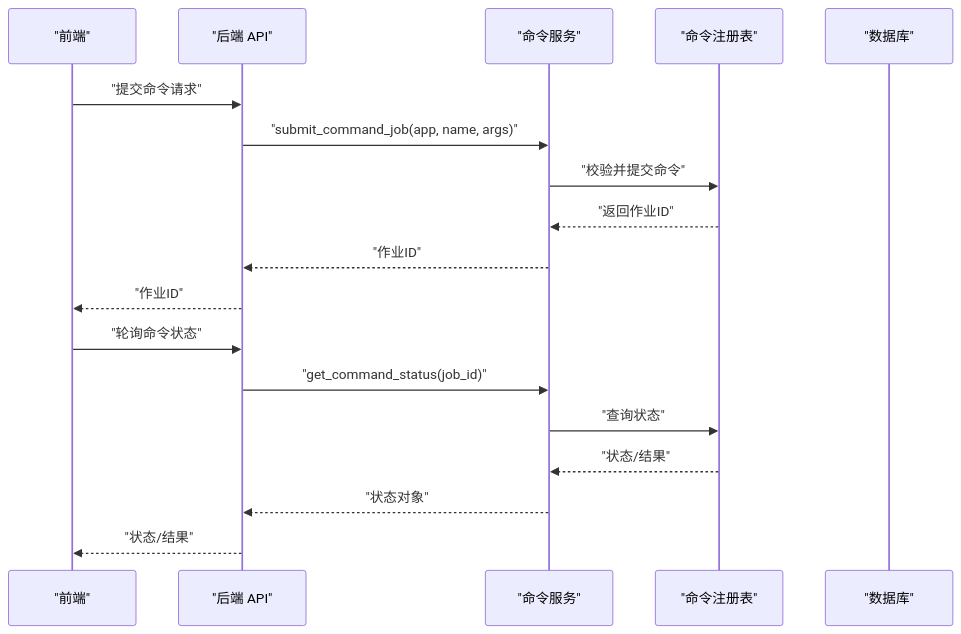
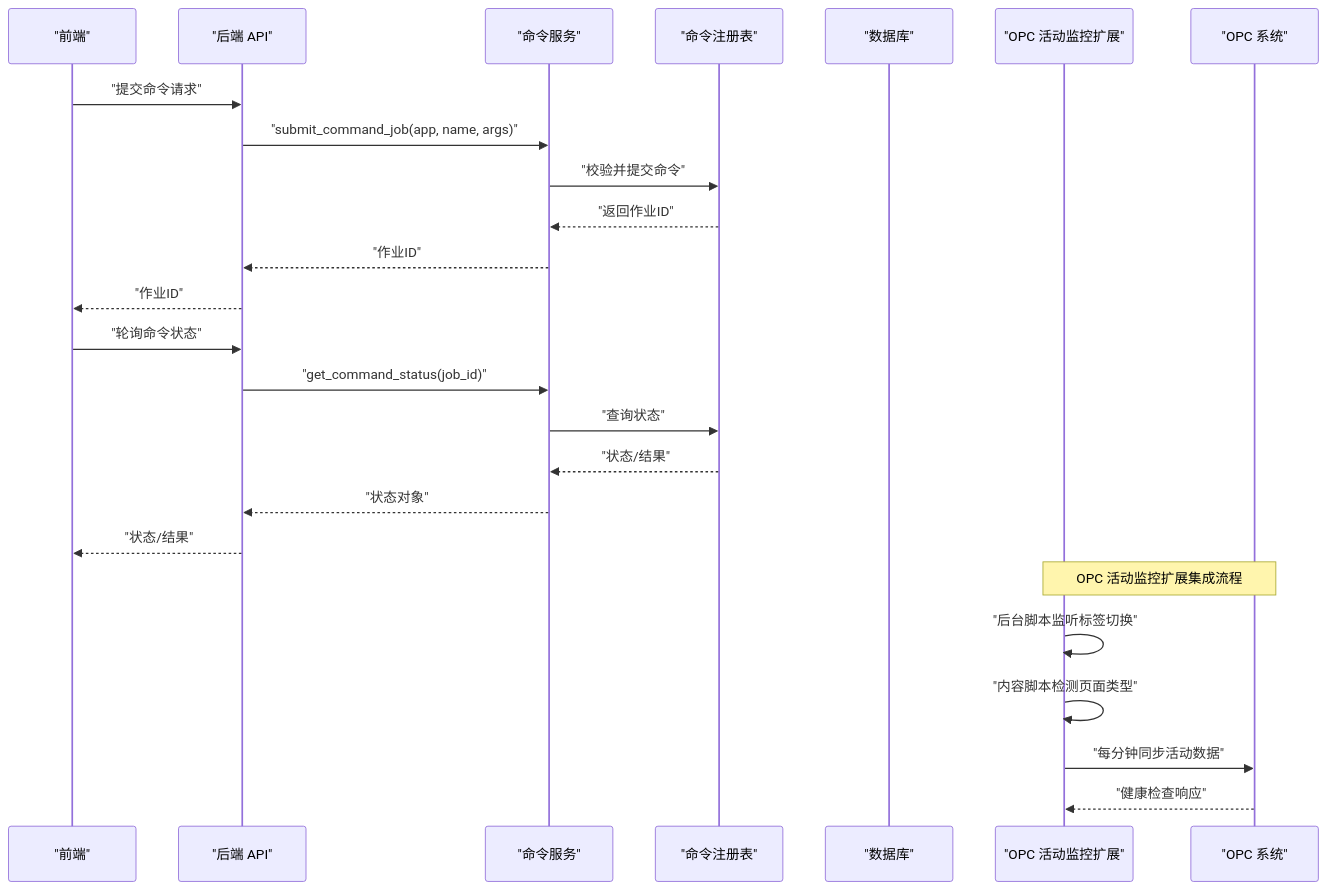
One commit to jackeyunjie/open-notebook changed the second of 7 diagrams in .qoder/repowiki/zh/content/扩展与定制/扩展与定制.md. Above: the diagram before and after it, drawn with Mermaid. The commit also changed other lines of this file and 51 other files, not shown here.

````diff
--- a/.qoder/repowiki/zh/content/扩展与定制/扩展与定制.md
+++ b/.qoder/repowiki/zh/content/扩展与定制/扩展与定制.md
@@ -105,20 +130,27 @@
 ```mermaid
 sequenceDiagram
 participant FE as "前端"
 participant API as "后端 API"
 participant CMD as "命令服务"
 participant REG as "命令注册表"
 participant DB as "数据库"
+participant EXT as "OPC 活动监控扩展"
+participant OPC as "OPC 系统"
 FE->>API : "提交命令请求"
 API->>CMD : "submit_command_job(app, name, args)"
 CMD->>REG : "校验并提交命令"
 REG-->>CMD : "返回作业ID"
 CMD-->>API : "作业ID"
 API-->>FE : "作业ID"
 FE->>API : "轮询命令状态"
 API->>CMD : "get_command_status(job_id)"
 CMD->>REG : "查询状态"
 REG-->>CMD : "状态/结果"
 CMD-->>API : "状态对象"
 API-->>FE : "状态/结果"
+Note over EXT,OPC : OPC 活动监控扩展集成流程
+EXT->>EXT : "后台脚本监听标签切换"
+EXT->>EXT : "内容脚本检测页面类型"
+EXT->>OPC : "每分钟同步活动数据"
+OPC-->>EXT : "健康检查响应"
 ```
````
